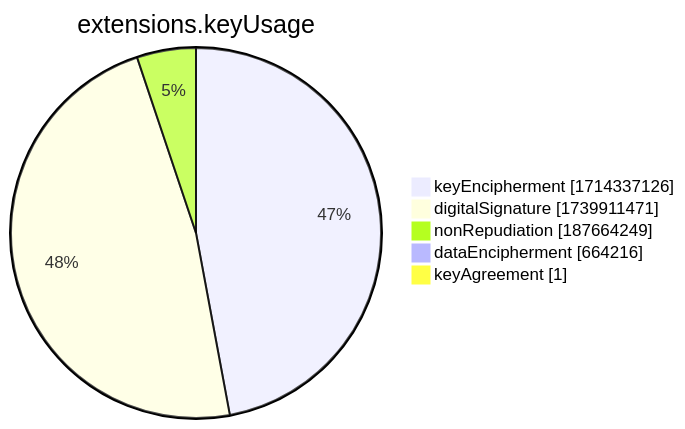
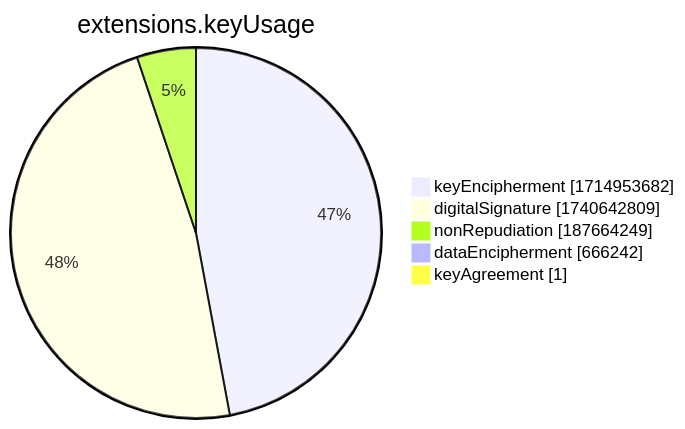
The seventh of 15 diagrams in xenon2022/README.md (christiankrug/ctmonitor_visualization), drawn with Mermaid before and after one commit. The commit also changed other lines of this file, not shown here.

````diff
--- a/xenon2022/README.md
+++ b/xenon2022/README.md
@@ -2858,9 +2858,9 @@
 ```mermaid
 pie showData
 title extensions.keyUsage
-"keyEncipherment" :1714337126
-"digitalSignature" :1739911471
+"keyEncipherment" :1714953682
+"digitalSignature" :1740642809
 "nonRepudiation" :187664249
-"dataEncipherment" :664216
+"dataEncipherment" :666242
 "keyAgreement" :1
 ```
````
